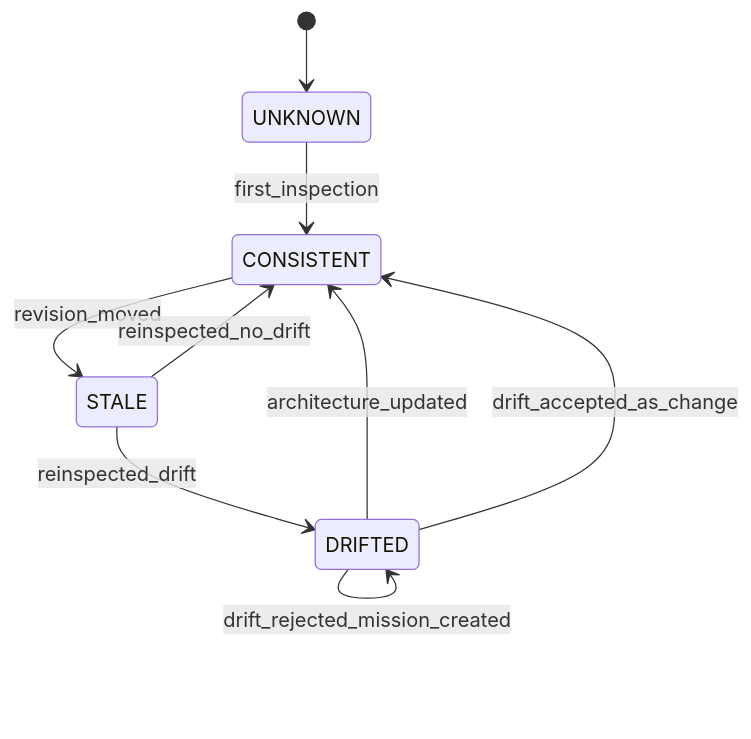
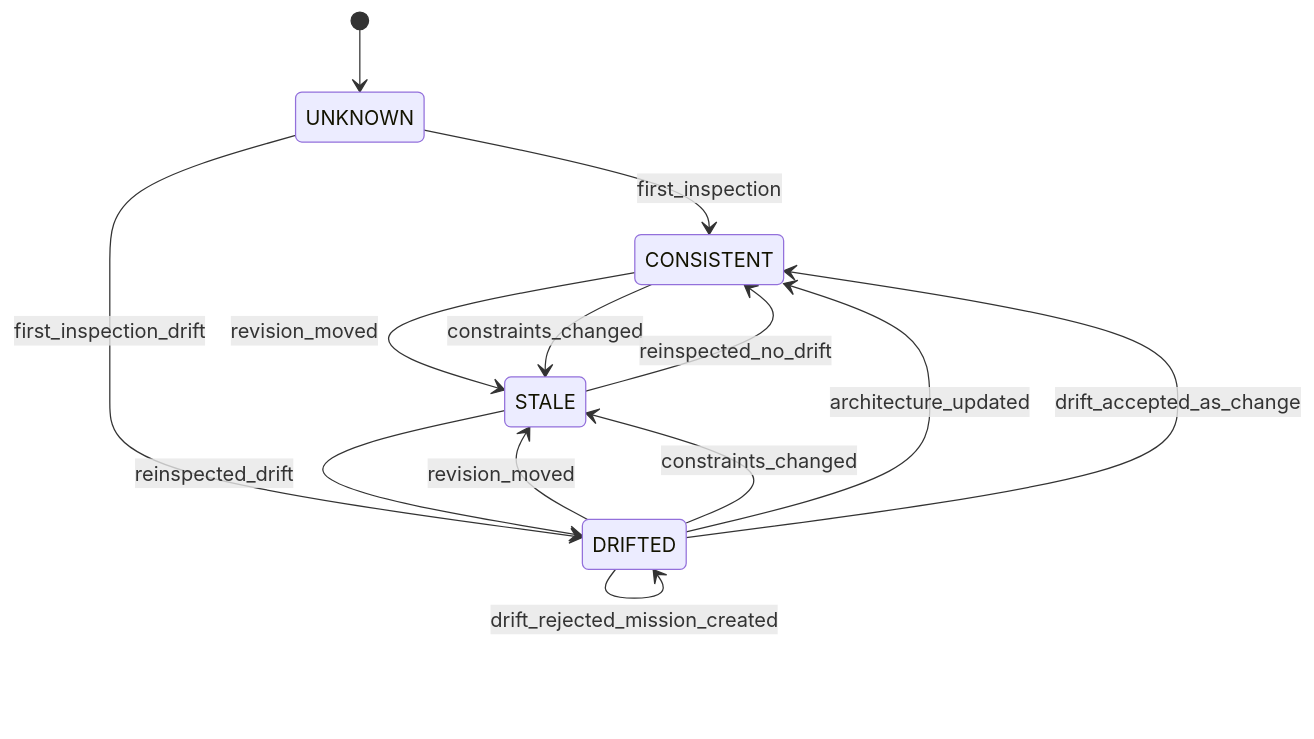
Before and after one commit to babarmuhammad/archeus: diagram 12 of 16 in docs/architecture/state-machines.md, drawn with Mermaid. The commit also changed other lines of this file and 10 other files, not shown here.

````diff
--- a/docs/architecture/state-machines.md
+++ b/docs/architecture/state-machines.md
@@ -493,11 +493,15 @@
 ```mermaid
 stateDiagram-v2
     [*] --> UNKNOWN
     UNKNOWN --> CONSISTENT: first_inspection
+    UNKNOWN --> DRIFTED: first_inspection_drift
     CONSISTENT --> STALE: revision_moved
+    DRIFTED --> STALE: revision_moved
+    CONSISTENT --> STALE: constraints_changed
+    DRIFTED --> STALE: constraints_changed
     STALE --> CONSISTENT: reinspected_no_drift
     STALE --> DRIFTED: reinspected_drift
     DRIFTED --> CONSISTENT: architecture_updated
     DRIFTED --> CONSISTENT: drift_accepted_as_change
     DRIFTED --> DRIFTED: drift_rejected_mission_created
 ```
````
